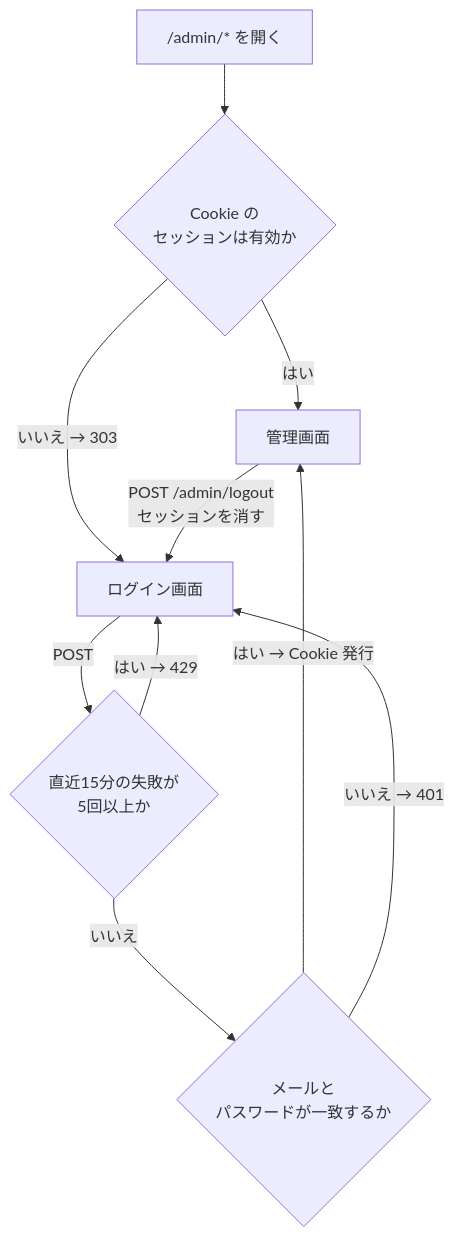
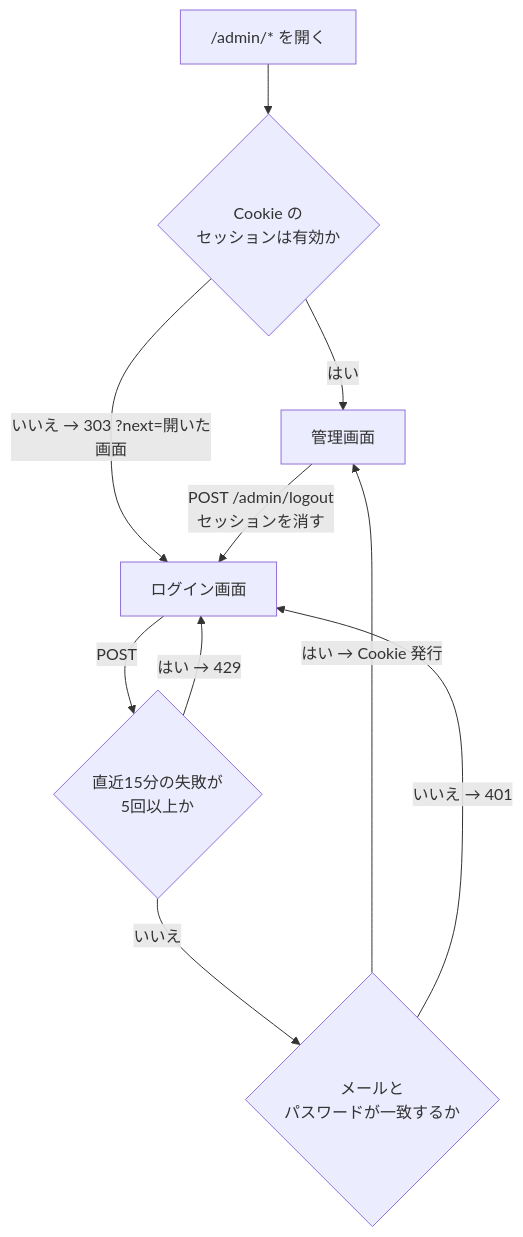
Before and after one commit to iam74k4/Web-AstLog: the third of 4 diagrams in docs/flow.md, drawn with Mermaid. The commit also changed other lines of this file and 11 other files, not shown here.

````diff
--- a/docs/flow.md
+++ b/docs/flow.md
@@ -161,19 +192,19 @@
 ```mermaid
 flowchart TD
     Any["/admin/* を開く"]
     Check{"Cookie の<br>セッションは有効か"}
     Login["ログイン画面"]
     Rate{"直近15分の失敗が<br>5回以上か"}
     Verify{"メールと<br>パスワードが一致するか"}
     Admin["管理画面"]
 
     Any --> Check
     Check -->|"はい"| Admin
-    Check -->|"いいえ → 303"| Login
+    Check -->|"いいえ → 303 ?next=開いた画面"| Login
     Login -->|"POST"| Rate
     Rate -->|"はい → 429"| Login
     Rate -->|"いいえ"| Verify
     Verify -->|"はい → Cookie 発行"| Admin
     Verify -->|"いいえ → 401"| Login
     Admin -->|"POST /admin/logout<br>セッションを消す"| Login
 ```
````
